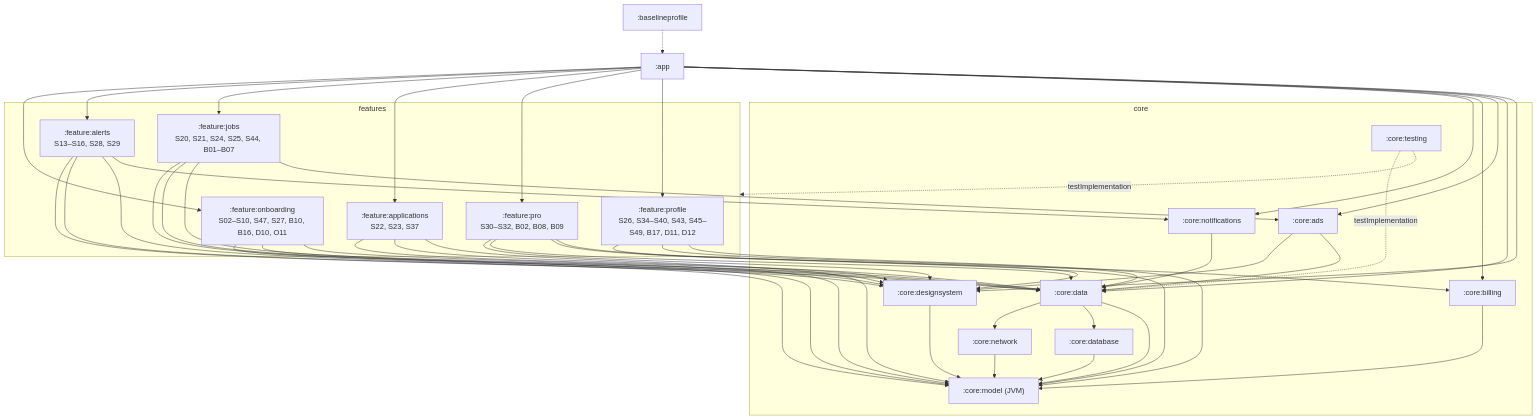
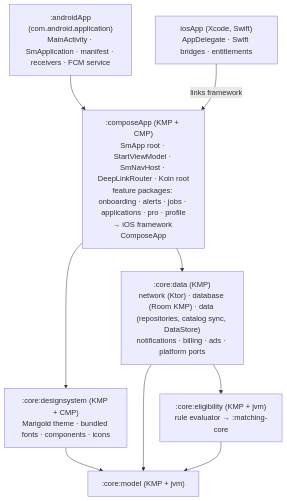
One commit to amanroy3901/job-vac changed the second of 2 diagrams in docs/frontend/README.md. Above: the diagram before and after it, drawn with Mermaid. The commit also changed other lines of this file and 237 other files, not shown here.

First line of the commit message:
Backend: iOS support (App Store purchases + notifications V2, Sign in with Apple, APNs via FCM)

````diff
--- a/docs/frontend/README.md
+++ b/docs/frontend/README.md
@@ -53,39 +94,16 @@
 ```mermaid
 flowchart TD
-  app[":app"]
-  subgraph features
-    onb[":feature:onboarding<br/>S02–S10, S47, S27, B10, B16, D10, O11"]
-    alerts[":feature:alerts<br/>S13–S16, S28, S29"]
-    jobs[":feature:jobs<br/>S20, S21, S24, S25, S44, B01–B07"]
-    apps[":feature:applications<br/>S22, S23, S37"]
-    pro[":feature:pro<br/>S30–S32, B02, B08, B09"]
-    prof[":feature:profile<br/>S26, S34–S40, S43, S45–S49, B17, D11, D12"]
-  end
-  subgraph core
-    ds[":core:designsystem"]
-    data[":core:data"]
-    notif[":core:notifications"]
-    bill[":core:billing"]
-    ads[":core:ads"]
-    net[":core:network"]
-    db[":core:database"]
-    model[":core:model (JVM)"]
-    testing[":core:testing"]
-  end
-  bp[":baselineprofile"]
-  app --> onb & alerts & jobs & apps & pro & prof
-  app --> notif & bill & ads & data & ds
-  onb & alerts & jobs & apps & pro & prof --> ds & data & model
-  alerts --> notif
-  jobs --> ads
-  pro --> bill
-  data --> net & db & model
-  notif --> data
-  bill --> model
-  ads --> ds & data
+  aapp[":androidApp<br/>(com.android.application)<br/>MainActivity · SmApplication · manifest · receivers · FCM service"]
+  iapp["iosApp (Xcode, Swift)<br/>AppDelegate · Swift bridges · entitlements"]
+  capp[":composeApp (KMP + CMP)<br/>SmApp root · StartViewModel · SmNavHost · DeepLinkRouter · Koin root<br/>feature packages: onboarding · alerts · jobs · applications · pro · profile<br/>→ iOS framework ComposeApp"]
+  ds[":core:designsystem (KMP + CMP)<br/>Marigold theme · bundled fonts · components · icons"]
+  data[":core:data (KMP)<br/>network (Ktor) · database (Room KMP) · data (repositories, catalog sync, DataStore)<br/>notifications · billing · ads · platform ports"]
+  elig[":core:eligibility (KMP + jvm)<br/>rule evaluator → :matching-core"]
+  model[":core:model (KMP + jvm)"]
+  aapp --> capp
+  iapp -->|"links framework"| capp
+  capp --> ds & data
   ds --> model
-  net --> model
-  db --> model
-  bp -.-> app
-  testing -.->|testImplementation| data & features
+  data --> model & elig
+  elig --> model
 ```
````
